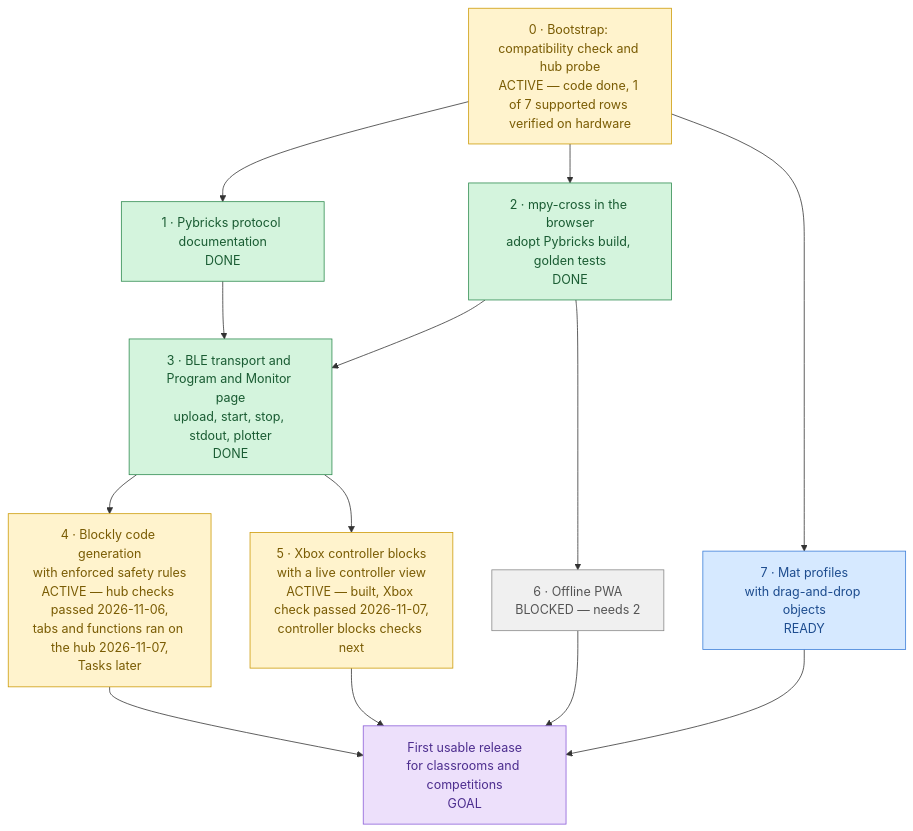
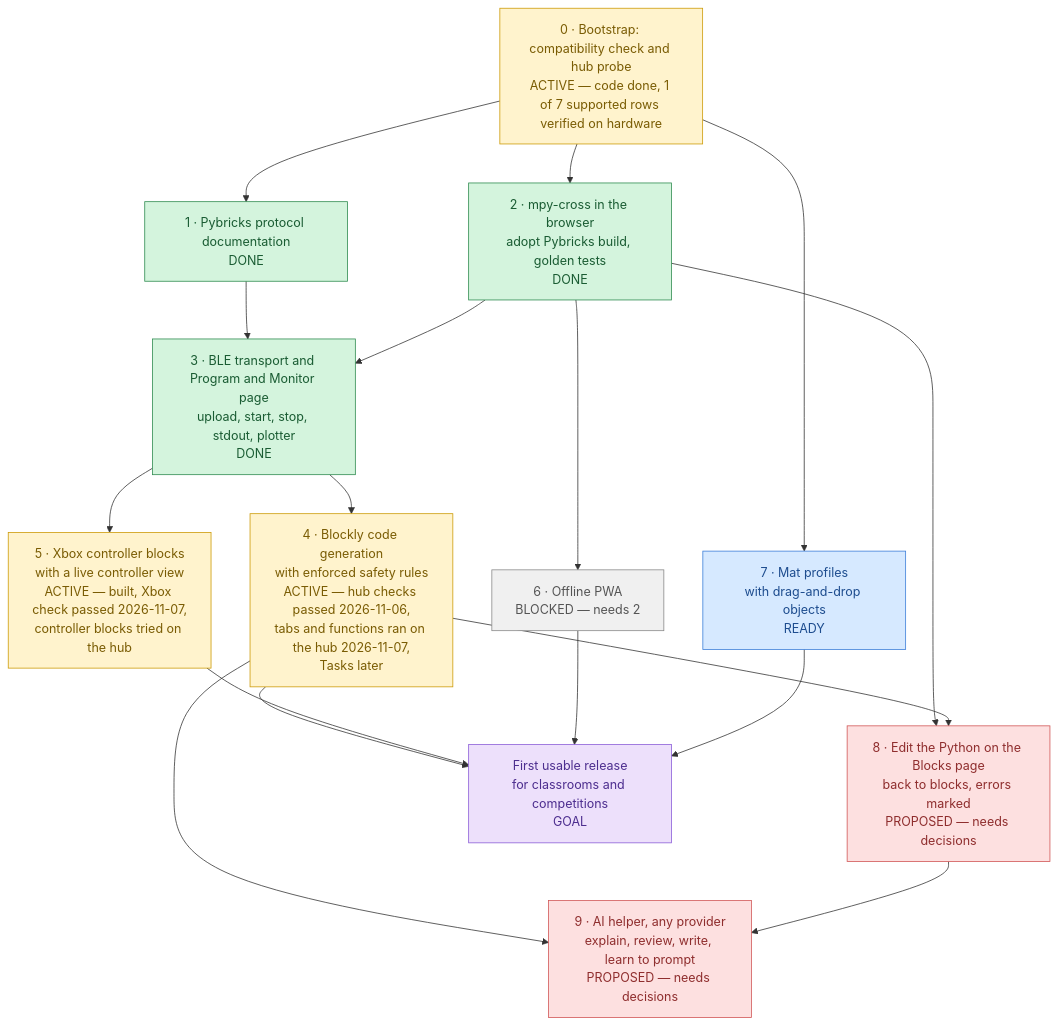
The diagram in docs/roadmap.md (lumduan/matpilot), drawn with Mermaid before and after one commit. The commit also changed other lines of this file and 3 other files, not shown here.

First line of the commit message:
docs: propose Python editing on the Blocks page and an AI helper with any provider

````diff
--- a/docs/roadmap.md
+++ b/docs/roadmap.md
@@ -10,37 +10,45 @@
 ```mermaid
 flowchart TD
     M0["0 · Bootstrap: compatibility check and hub probe<br/>ACTIVE — code done, 1 of 7 supported rows verified on hardware"]
     M1["1 · Pybricks protocol documentation<br/>DONE"]
     M2["2 · mpy-cross in the browser<br/>adopt Pybricks build, golden tests<br/>DONE"]
     M3["3 · BLE transport and Program and Monitor page<br/>upload, start, stop, stdout, plotter<br/>DONE"]
     M4["4 · Blockly code generation<br/>with enforced safety rules<br/>ACTIVE — hub checks passed 2026-11-06,<br/>tabs and functions ran on the hub 2026-11-07,<br/>Tasks later"]
-    M5["5 · Xbox controller blocks<br/>with a live controller view<br/>ACTIVE — built, Xbox check passed 2026-11-07,<br/>controller blocks checks next"]
+    M5["5 · Xbox controller blocks<br/>with a live controller view<br/>ACTIVE — built, Xbox check passed 2026-11-07,<br/>controller blocks tried on the hub"]
     M6["6 · Offline PWA<br/>BLOCKED — needs 2"]
     M7["7 · Mat profiles<br/>with drag-and-drop objects<br/>READY"]
+    M8["8 · Edit the Python on the Blocks page<br/>back to blocks, errors marked<br/>PROPOSED — needs decisions"]
+    M9["9 · AI helper, any provider<br/>explain, review, write, learn to prompt<br/>PROPOSED — needs decisions"]
     GOAL["First usable release<br/>for classrooms and competitions<br/>GOAL"]
 
     M0 --> M1
     M0 --> M2
     M0 --> M7
     M1 --> M3
     M2 --> M3
     M3 --> M4
     M3 --> M5
     M2 --> M6
     M4 --> GOAL
     M5 --> GOAL
     M6 --> GOAL
     M7 --> GOAL
+    M2 --> M8
+    M4 --> M8
+    M4 --> M9
+    M8 --> M9
 
     classDef done     fill:#d4f4dd,stroke:#2d8a4e,color:#1a5c33
     classDef active   fill:#fff3cd,stroke:#cc9a06,color:#7a5c04
     classDef ready    fill:#d6e9ff,stroke:#3b7dd8,color:#1e4d8f
     classDef blocked  fill:#f0f0f0,stroke:#888,color:#555
     classDef goal     fill:#ede0fb,stroke:#8a5cd8,color:#4d2e8f
+    classDef decision fill:#fde0e0,stroke:#d05555,color:#8f2e2e
 
     class M0,M4,M5 active
     class M1,M2,M3 done
     class M7 ready
     class M6 blocked
     class GOAL goal
+    class M8,M9 decision
 ```
````
